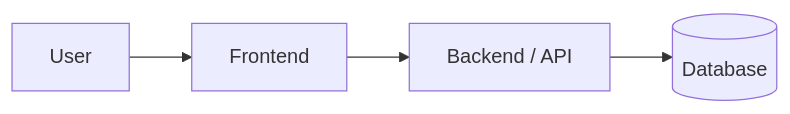
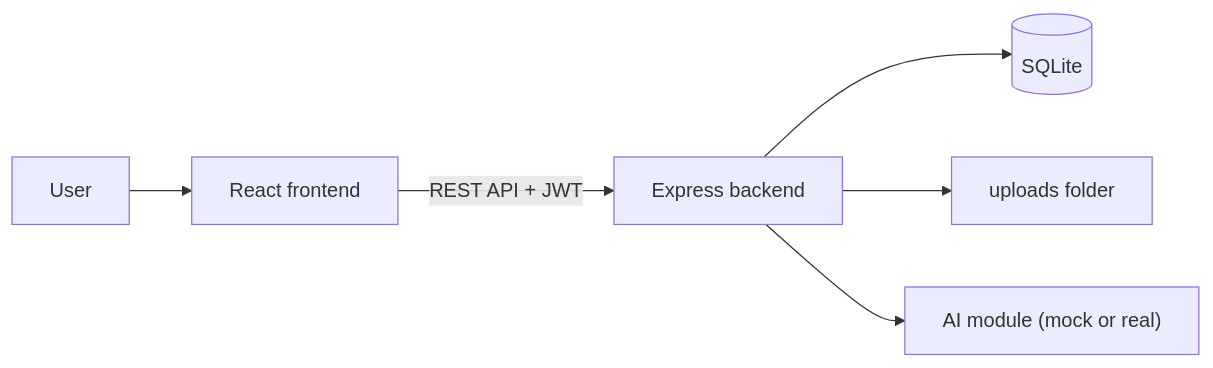
Before and after one commit to selinsevis/SENG383-SECTION1-G4: the first of 5 diagrams in docs/SDD.md, drawn with Mermaid. The commit also changed other lines of this file, not shown here.

````diff
--- a/docs/SDD.md
+++ b/docs/SDD.md
@@ -17,6 +13,8 @@
 ```mermaid
 flowchart LR
-    User --> Frontend
-    Frontend --> Backend["Backend / API"]
-    Backend --> DB[(Database)]
+    User --> Frontend["React frontend"]
+    Frontend -- "REST API + JWT" --> Backend["Express backend"]
+    Backend --> DB[(SQLite)]
+    Backend --> Files["uploads folder"]
+    Backend --> AI["AI module (mock or real)"]
 ```
````
